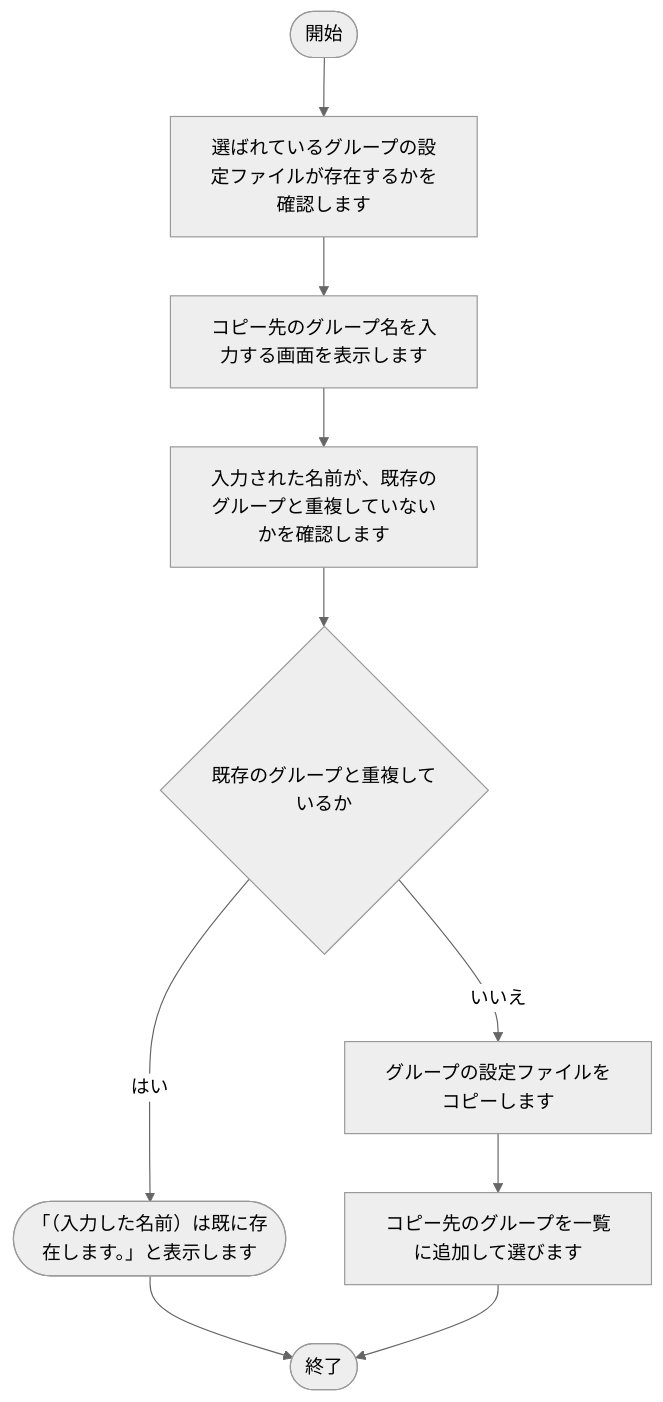
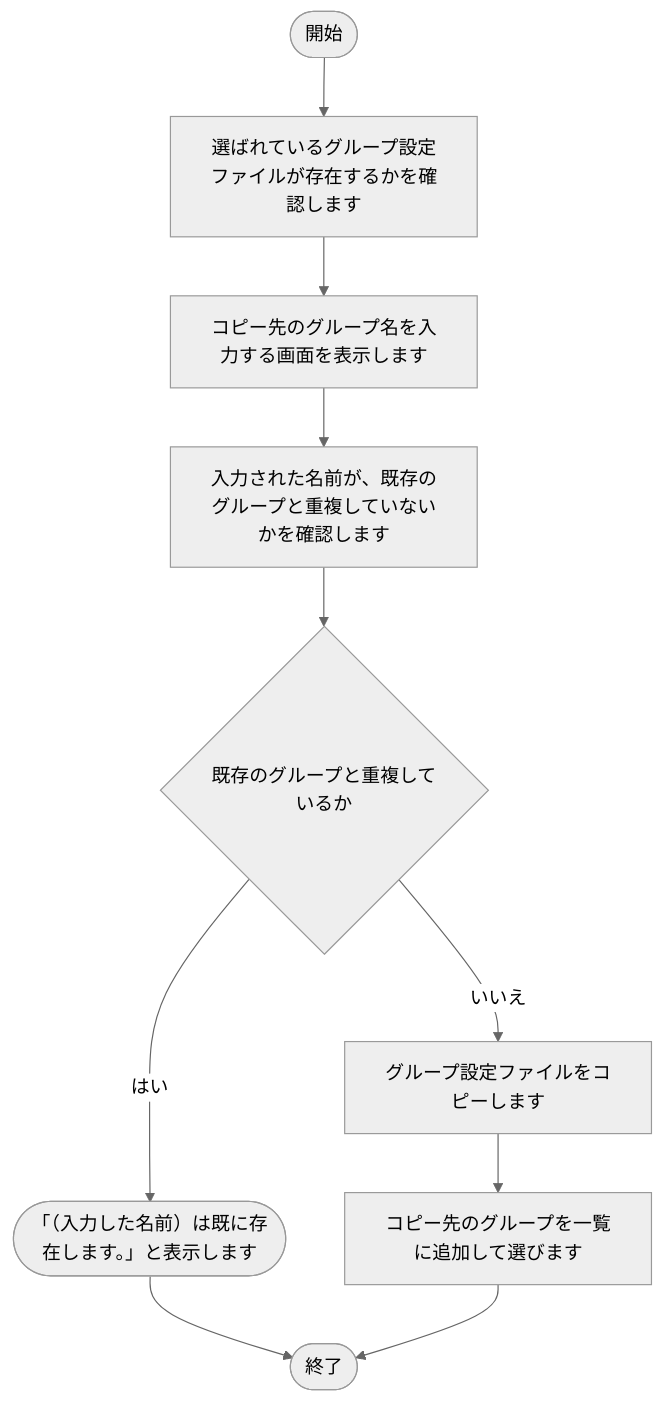
Before and after one commit to nishida2073/project_management: diagram 12 of 16 in tool/kintone-resourse-generator/doc/02_設計/処理フロー.md, drawn with Mermaid (neutral theme). The commit also changed other lines of this file and 6 other files, not shown here.

````diff
--- a/tool/kintone-resourse-generator/doc/02_設計/処理フロー.md
+++ b/tool/kintone-resourse-generator/doc/02_設計/処理フロー.md
@@ -364,21 +364,21 @@
 ```mermaid
 flowchart TD
     S(["開始"])
     E(["終了"])
-    N1["選ばれているグループの設定ファイルが存在するかを確認します"]
+    N1["選ばれているグループ設定ファイルが存在するかを確認します"]
     S --> N1
     N2["コピー先のグループ名を入力する画面を表示します"]
     N1 --> N2
     N3["入力された名前が、既存のグループと重複していないかを確認します"]
     N2 --> N3
     N6{"既存のグループと重複しているか"}
     N3 --> N6
     X6(["「（入力した名前）は既に存在します。」と表示します"])
     N6 -- はい --> X6
     X6 --> E
-    N4["グループの設定ファイルをコピーします"]
+    N4["グループ設定ファイルをコピーします"]
     N6 -- いいえ --> N4
     N5["コピー先のグループを一覧に追加して選びます"]
     N4 --> N5
     N5 --> E
 ```
````
